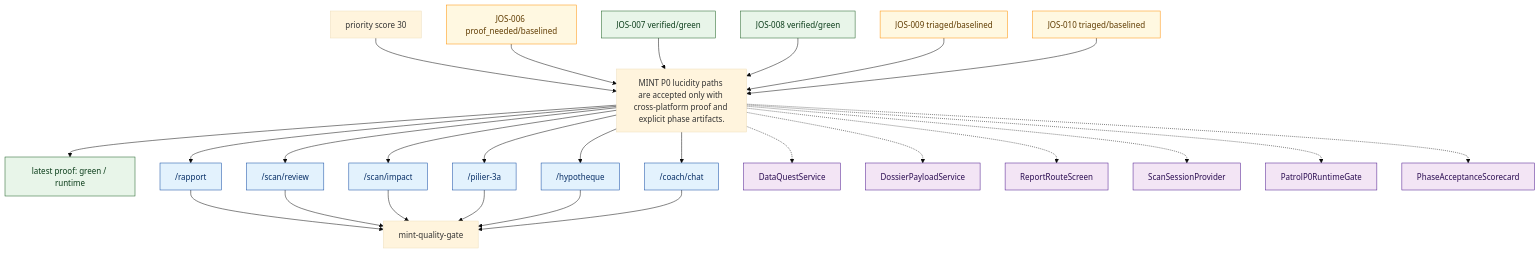
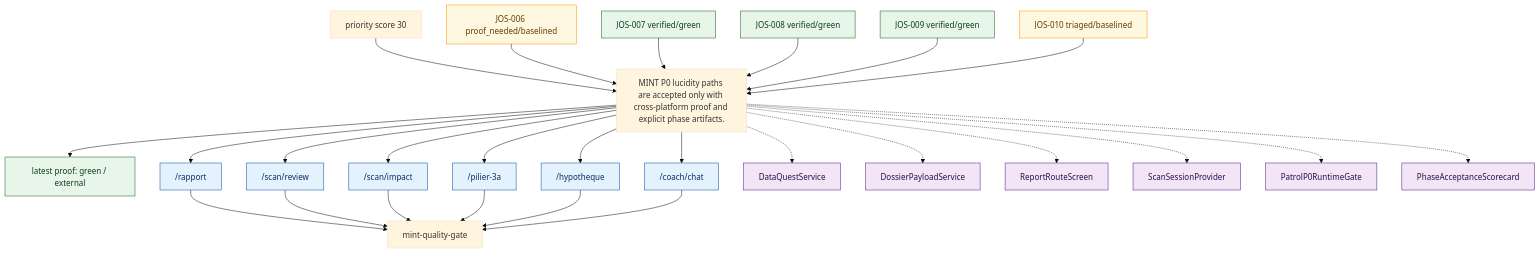
One commit to MINT-IA/MINT changed the diagram in .planning/journeys/diagrams/mint_lucidity_p0_acceptance.mmd. Above: the diagram before and after it, drawn with Mermaid (base theme). The commit also changed 28 other files, not shown here.

```diff
--- a/.planning/journeys/diagrams/mint_lucidity_p0_acceptance.mmd
+++ b/.planning/journeys/diagrams/mint_lucidity_p0_acceptance.mmd
@@ -1,74 +1,74 @@
 %% Generated from .planning/journeys/records/mint_lucidity_p0_acceptance.json
 flowchart TD
   promise["MINT P0 lucidity paths are accepted only with cross-platform proof and explicit phase artifacts."]
   team["mint-quality-gate"]
-  latest["latest proof: green / runtime"]
+  latest["latest proof: green / external"]
   promise --> latest
   classDef green fill:#e8f5e9,stroke:#1b5e20,color:#0b3d1a;
   classDef red fill:#ffebee,stroke:#b71c1c,color:#5f1111;
   classDef amber fill:#fff8e1,stroke:#ff8f00,color:#5f3b00;
   classDef blocked fill:#eceff1,stroke:#455a64,color:#263238;
   classDef neutral fill:#f5f5f5,stroke:#616161,color:#212121;
   classDef route fill:#e3f2fd,stroke:#0d47a1,color:#082f66;
   classDef surface fill:#f3e5f5,stroke:#4a148c,color:#2b0d52;
   classDef api fill:#e0f2f1,stroke:#00695c,color:#003d35;
   class latest green
   priority["priority score 30"]
   priority --> promise
   route_rapport["/rapport"]
   promise --> route_rapport
   route_rapport --> team
   class route_rapport route
   route_scan_review["/scan/review"]
   promise --> route_scan_review
   route_scan_review --> team
   class route_scan_review route
   route_scan_impact["/scan/impact"]
   promise --> route_scan_impact
   route_scan_impact --> team
   class route_scan_impact route
   route_pilier_3a["/pilier-3a"]
   promise --> route_pilier_3a
   route_pilier_3a --> team
   class route_pilier_3a route
   route_hypotheque["/hypotheque"]
   promise --> route_hypotheque
   route_hypotheque --> team
   class route_hypotheque route
   route_coach_chat["/coach/chat"]
   promise --> route_coach_chat
   route_coach_chat --> team
   class route_coach_chat route
   surface_DataQuestService["DataQuestService"]
   promise -.-> surface_DataQuestService
   class surface_DataQuestService surface
   surface_DossierPayloadService["DossierPayloadService"]
   promise -.-> surface_DossierPayloadService
   class surface_DossierPayloadService surface
   surface_ReportRouteScreen["ReportRouteScreen"]
   promise -.-> surface_ReportRouteScreen
   class surface_ReportRouteScreen surface
   surface_ScanSessionProvider["ScanSessionProvider"]
   promise -.-> surface_ScanSessionProvider
   class surface_ScanSessionProvider surface
   surface_PatrolP0RuntimeGate["PatrolP0RuntimeGate"]
   promise -.-> surface_PatrolP0RuntimeGate
   class surface_PatrolP0RuntimeGate surface
   surface_PhaseAcceptanceScorecard["PhaseAcceptanceScorecard"]
   promise -.-> surface_PhaseAcceptanceScorecard
   class surface_PhaseAcceptanceScorecard surface
   issue_JOS_006["JOS-006 proof_needed/baselined"]
   issue_JOS_006 --> promise
   class issue_JOS_006 amber
   issue_JOS_007["JOS-007 verified/green"]
   issue_JOS_007 --> promise
   class issue_JOS_007 green
   issue_JOS_008["JOS-008 verified/green"]
   issue_JOS_008 --> promise
   class issue_JOS_008 green
-  issue_JOS_009["JOS-009 triaged/baselined"]
+  issue_JOS_009["JOS-009 verified/green"]
   issue_JOS_009 --> promise
-  class issue_JOS_009 amber
+  class issue_JOS_009 green
   issue_JOS_010["JOS-010 triaged/baselined"]
   issue_JOS_010 --> promise
   class issue_JOS_010 amber
```
